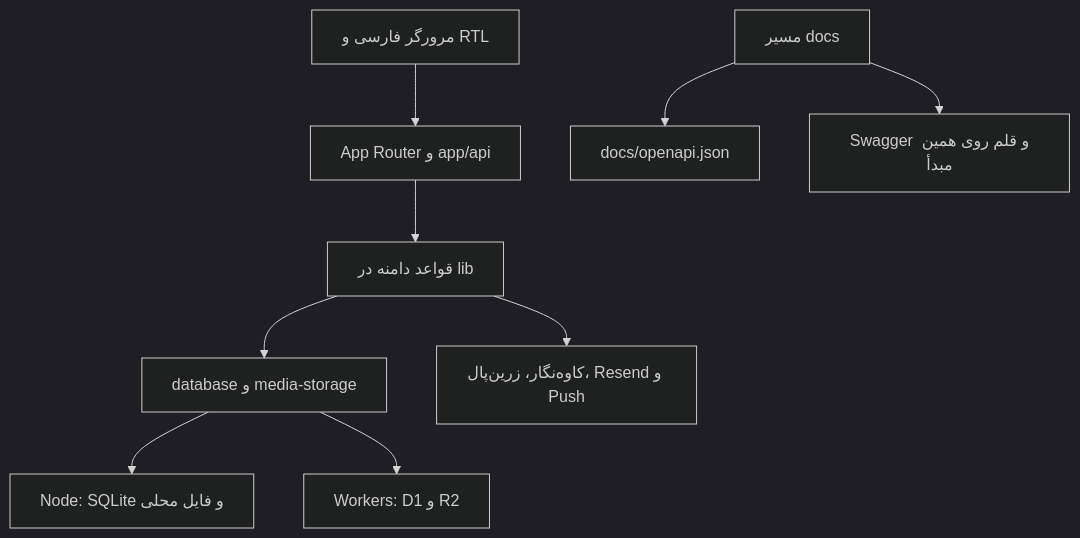
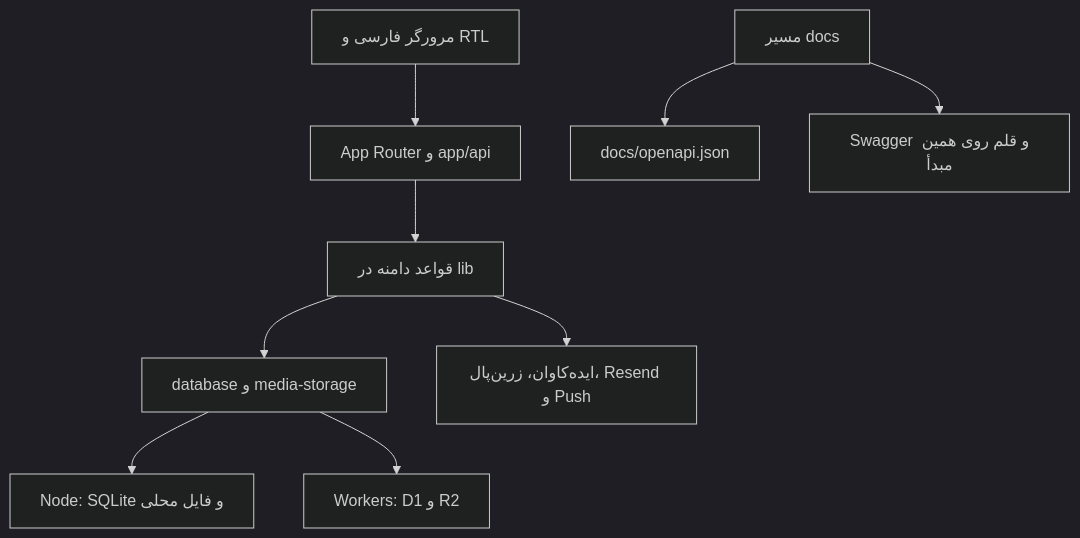
One commit to 0xRshia/ham-ghadam changed the diagram in docs/architecture.md. Above: the diagram before and after it, drawn with Mermaid (dark theme). The commit also changed 11 other files, not shown here.

````diff
--- a/docs/architecture.md
+++ b/docs/architecture.md
@@ -11,11 +11,11 @@
 ```mermaid
 flowchart TD
     Browser[مرورگر فارسی و RTL] --> Routes[App Router و app/api]
     Routes --> Domain[قواعد دامنه در lib]
     Domain --> Adapter[database و media-storage]
     Adapter --> Node[Node: SQLite و فایل محلی]
     Adapter --> Workers[Workers: D1 و R2]
-    Domain --> Providers[کاوه‌نگار، زرین‌پال، Resend و Push]
+    Domain --> Providers[ایده‌کاوان، زرین‌پال، Resend و Push]
     Docs[مسیر docs] --> Contract[docs/openapi.json]
     Docs --> Assets[Swagger و قلم روی همین مبدأ]
 ```
````
